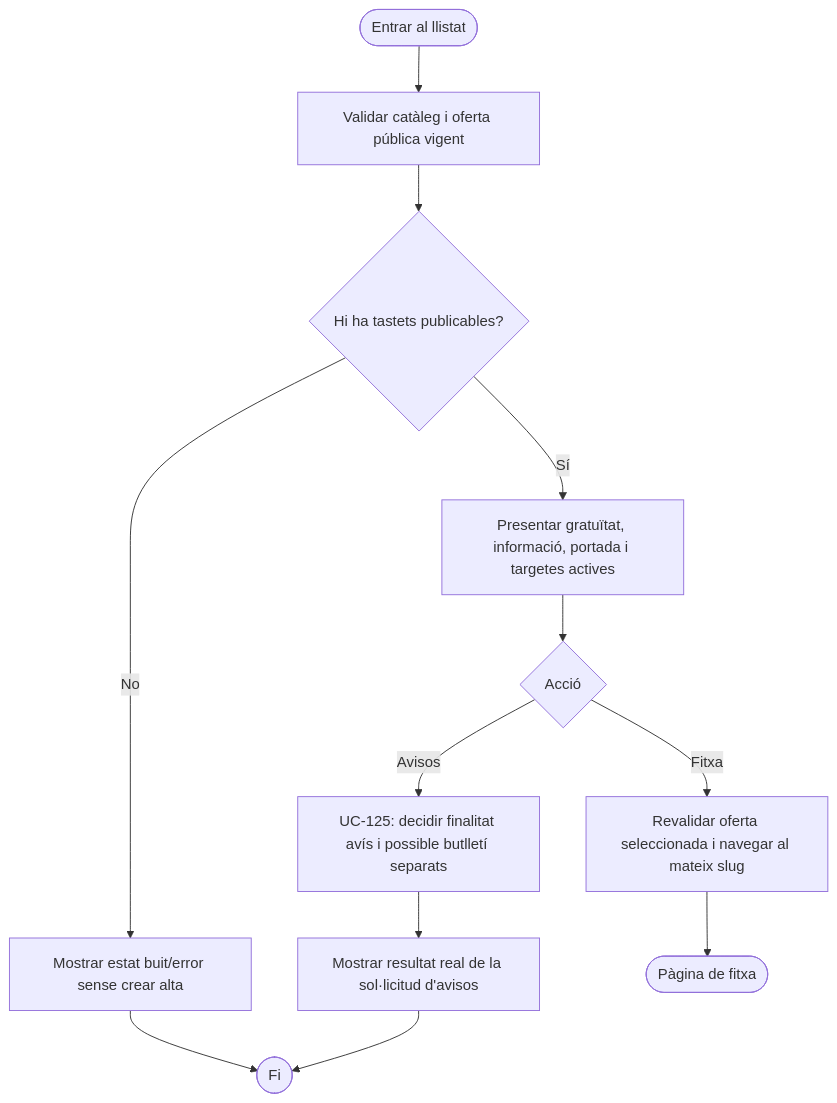
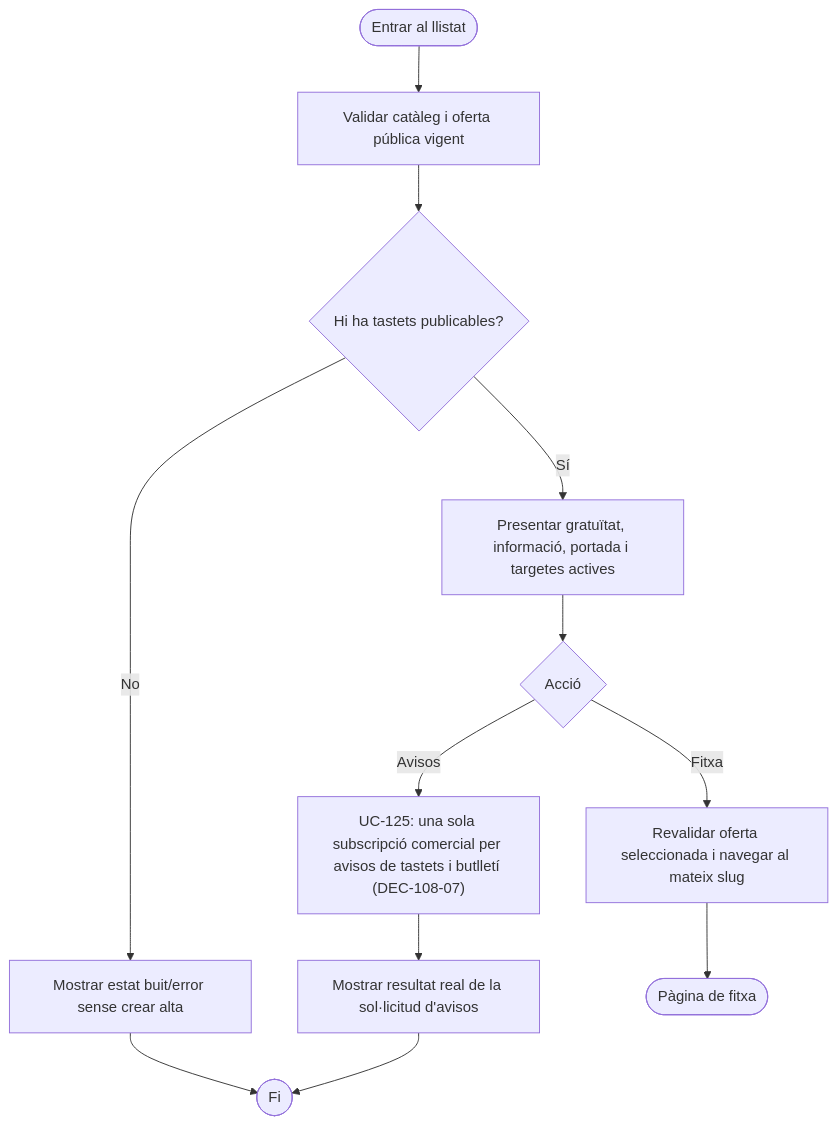
Before and after one commit to orgmeriemprismacat-del/verifactu: the second of 8 diagrams in documentacio/07-uml-integrat/uc-108-vistes-grafiques-activitats-pagines.md, drawn with Mermaid. The commit also changed other lines of this file and 17 other files, not shown here.

````diff
--- a/documentacio/07-uml-integrat/uc-108-vistes-grafiques-activitats-pagines.md
+++ b/documentacio/07-uml-integrat/uc-108-vistes-grafiques-activitats-pagines.md
@@ -28,14 +34,14 @@
 ```mermaid
 flowchart TD
   A([Entrar al llistat]) --> B["Validar catàleg i oferta pública vigent"]
   B --> C{"Hi ha tastets publicables?"}
   C -->|No| D["Mostrar estat buit/error sense crear alta"]
   C -->|Sí| E["Presentar gratuïtat, informació, portada i targetes actives"]
   E --> F{"Acció"}
   F -->|Fitxa| G["Revalidar oferta seleccionada i navegar al mateix slug"]
-  F -->|Avisos| H["UC-125: decidir finalitat avís i possible butlletí separats"]
+  F -->|Avisos| H["UC-125: una sola subscripció comercial per avisos de tastets i butlletí (DEC-108-07)"]
   H --> I["Mostrar resultat real de la sol·licitud d'avisos"]
   G --> J([Pàgina de fitxa])
   D --> K([Fi])
   I --> K
 ```
````
